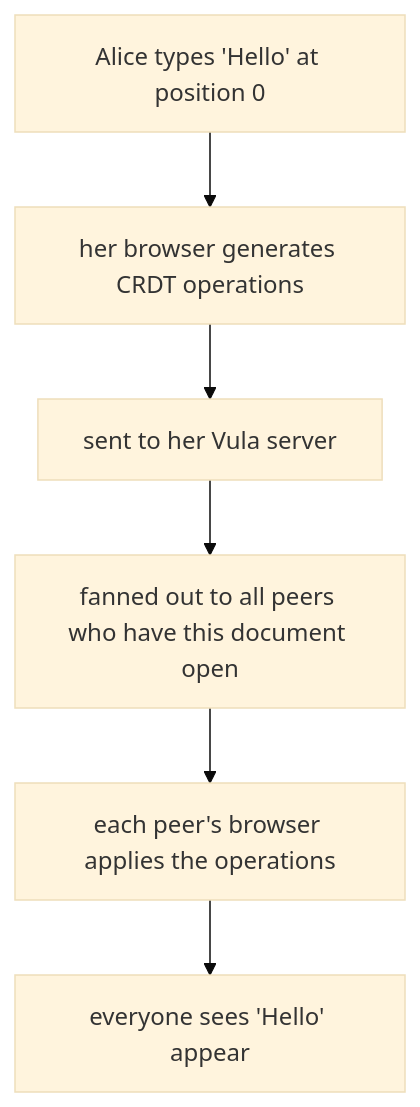
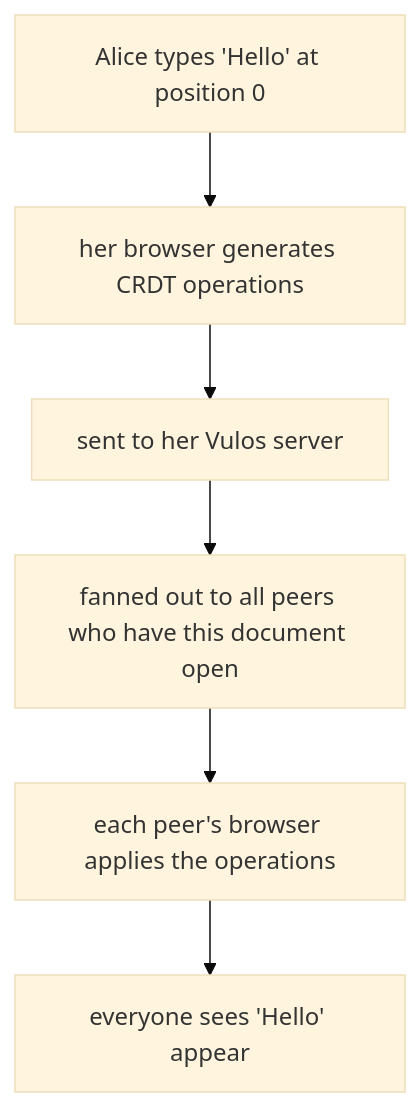
The fourth of 13 diagrams in roadmap/PEERING.md (vul-os/vulos), drawn with Mermaid (base theme) before and after one commit. The commit also changed other lines of this file and 138 other files, not shown here.

````diff
--- a/roadmap/PEERING.md
+++ b/roadmap/PEERING.md
@@ -403,8 +403,8 @@
 ```mermaid
 flowchart TD
     A["Alice types 'Hello' at position 0"] --> B["her browser generates CRDT operations"]
-    B --> C["sent to her Vula server"]
+    B --> C["sent to her Vulos server"]
     C --> D["fanned out to all peers who have this document open"]
     D --> E["each peer's browser applies the operations"]
     E --> F["everyone sees 'Hello' appear"]
 ```
````
